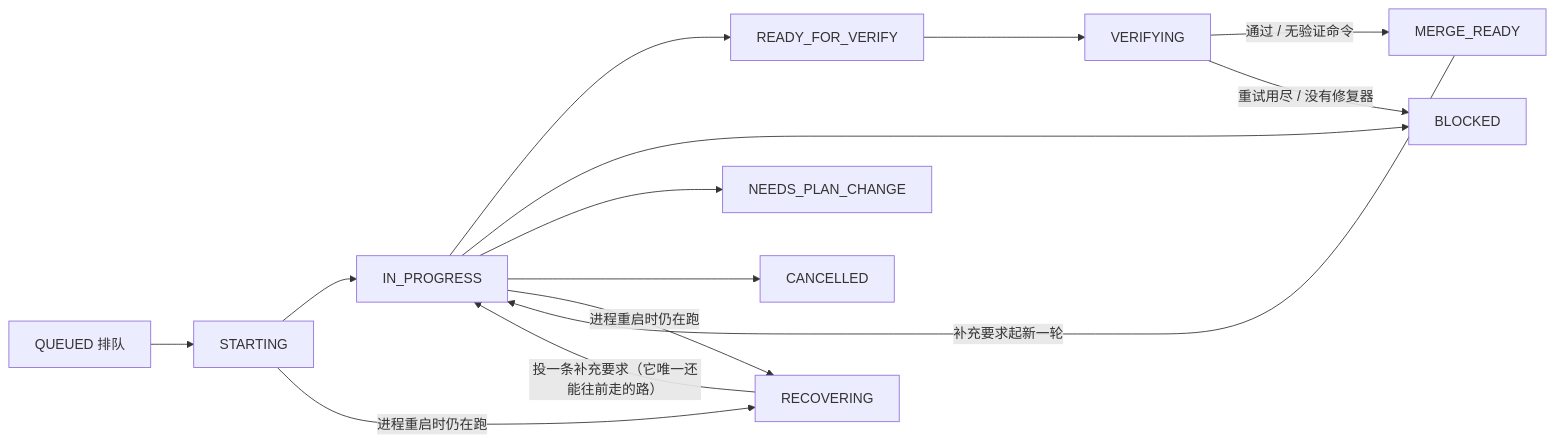
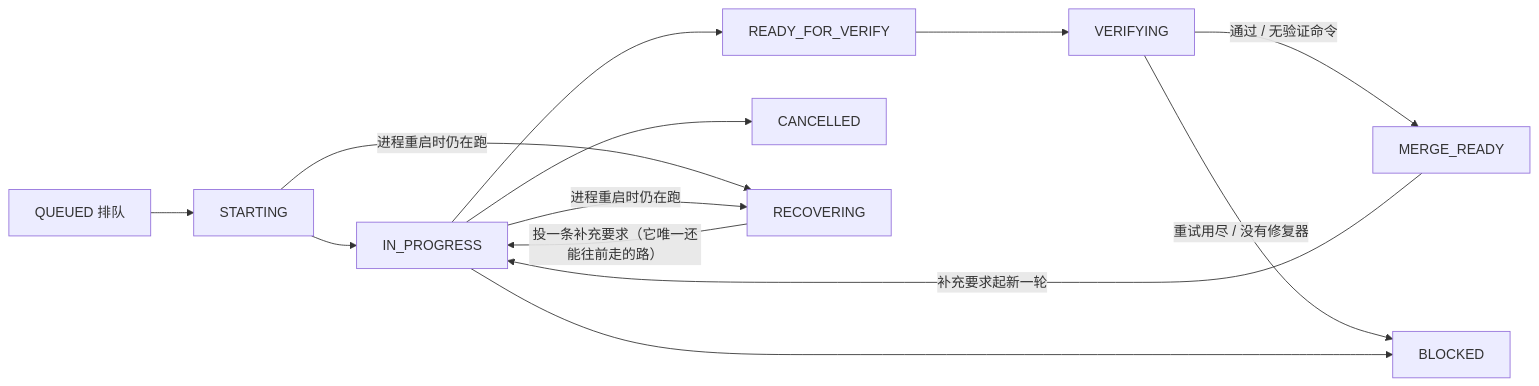
One commit to DigitalMarsh/pipeline-factory changed the seventh of 10 diagrams in docs/消息类型及事件状态机流程图.md. Above: the diagram before and after it, drawn with Mermaid. The commit also changed other lines of this file and 43 other files, not shown here.

````diff
--- a/docs/消息类型及事件状态机流程图.md
+++ b/docs/消息类型及事件状态机流程图.md
@@ -1135,16 +1132,15 @@
 ```mermaid
 flowchart LR
   Q["QUEUED 排队"] --> ST["STARTING"]
   ST --> IP["IN_PROGRESS"]
   IP --> RFV["READY_FOR_VERIFY"]
   RFV --> VF["VERIFYING"]
   VF -->|"通过 / 无验证命令"| MR["MERGE_READY"]
   VF -->|"重试用尽 / 没有修复器"| BL["BLOCKED"]
   IP --> BL
-  IP --> NPC["NEEDS_PLAN_CHANGE"]
   IP --> CX["CANCELLED"]
   MR -->|"补充要求起新一轮"| IP
   ST -->|"进程重启时仍在跑"| REC["RECOVERING"]
   IP -->|"进程重启时仍在跑"| REC
   REC -->|"投一条补充要求（它唯一还能往前走的路）"| IP
 ```
````
